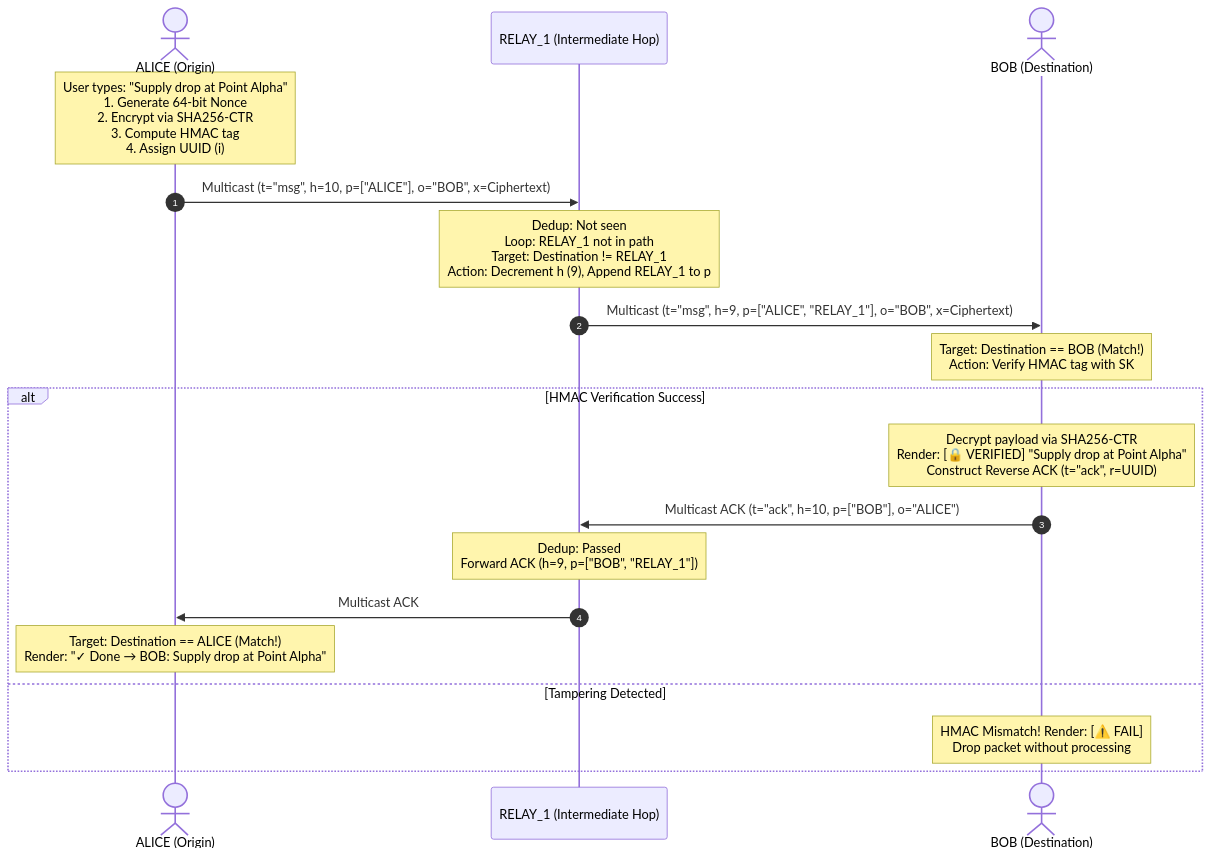
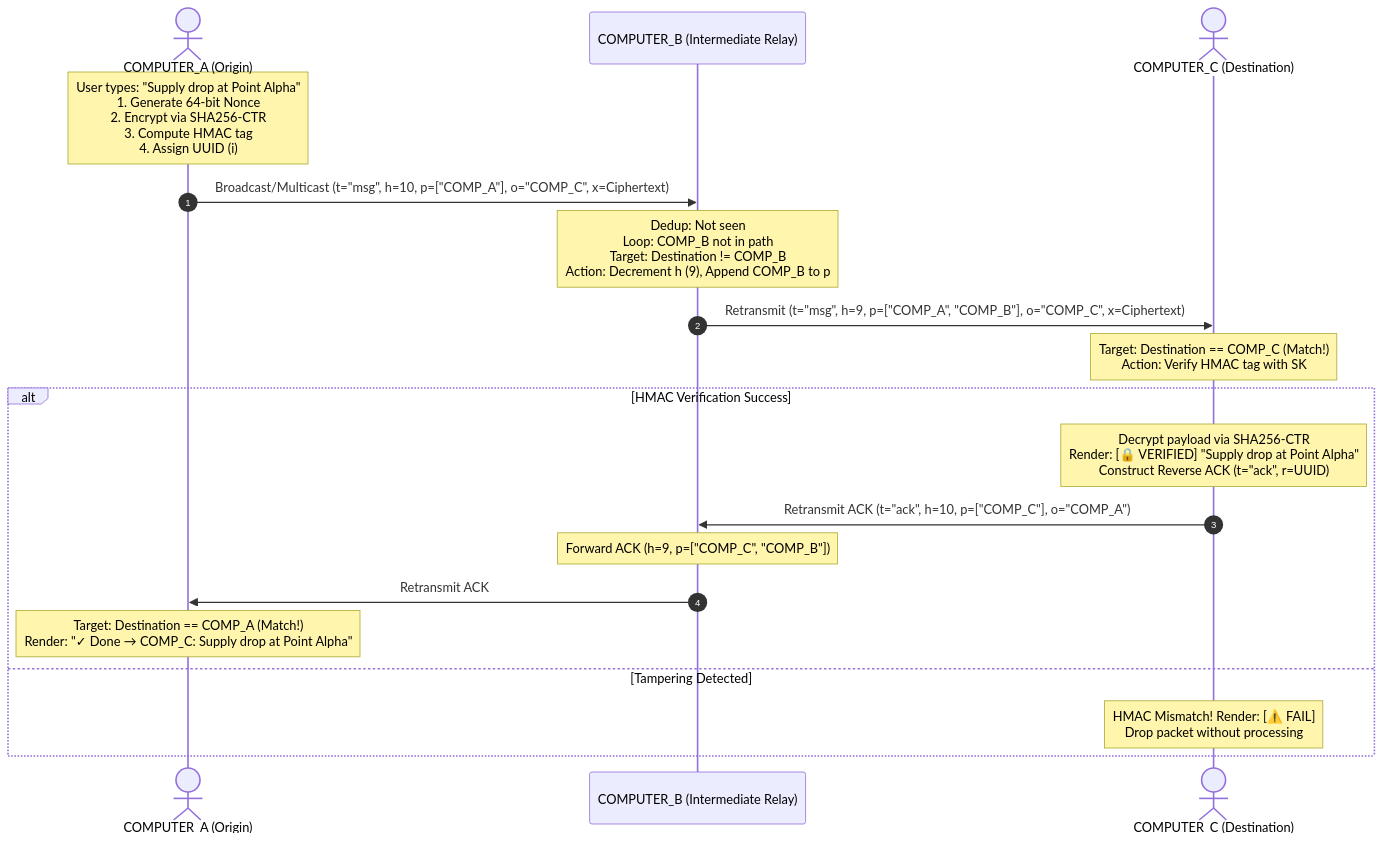
The diagram in README.md (devXsentinel/RELAY), drawn with Mermaid before and after one commit. The commit also changed other lines of this file, not shown here.

Commit message:
docs: update README with offline computer-to-computer Wi-Fi hotspot and broadcast guide

````diff
--- a/README.md
+++ b/README.md
@@ -85,24 +107,24 @@
 ```mermaid
 sequenceDiagram
     autonumber
-    actor Alice as ALICE (Origin)
-    participant Relay1 as RELAY_1 (Intermediate Hop)
-    actor Bob as BOB (Destination)
+    actor Alice as COMPUTER_A (Origin)
+    participant Relay1 as COMPUTER_B (Intermediate Relay)
+    actor Bob as COMPUTER_C (Destination)
 
     Note over Alice: User types: "Supply drop at Point Alpha"<br/>1. Generate 64-bit Nonce<br/>2. Encrypt via SHA256-CTR<br/>3. Compute HMAC tag<br/>4. Assign UUID (i)
-    Alice->>Relay1: Multicast (t="msg", h=10, p=["ALICE"], o="BOB", x=Ciphertext)
+    Alice->>Relay1: Broadcast/Multicast (t="msg", h=10, p=["COMP_A"], o="COMP_C", x=Ciphertext)
 
-    Note over Relay1: Dedup: Not seen<br/>Loop: RELAY_1 not in path<br/>Target: Destination != RELAY_1<br/>Action: Decrement h (9), Append RELAY_1 to p
-    Relay1->>Bob: Multicast (t="msg", h=9, p=["ALICE", "RELAY_1"], o="BOB", x=Ciphertext)
+    Note over Relay1: Dedup: Not seen<br/>Loop: COMP_B not in path<br/>Target: Destination != COMP_B<br/>Action: Decrement h (9), Append COMP_B to p
+    Relay1->>Bob: Retransmit (t="msg", h=9, p=["COMP_A", "COMP_B"], o="COMP_C", x=Ciphertext)
 
-    Note over Bob: Target: Destination == BOB (Match!)<br/>Action: Verify HMAC tag with SK
+    Note over Bob: Target: Destination == COMP_C (Match!)<br/>Action: Verify HMAC tag with SK
     alt HMAC Verification Success
         Note over Bob: Decrypt payload via SHA256-CTR<br/>Render: [🔒 VERIFIED] "Supply drop at Point Alpha"<br/>Construct Reverse ACK (t="ack", r=UUID)
-        Bob->>Relay1: Multicast ACK (t="ack", h=10, p=["BOB"], o="ALICE")
-        Note over Relay1: Dedup: Passed<br/>Forward ACK (h=9, p=["BOB", "RELAY_1"])
-        Relay1->>Alice: Multicast ACK
-        Note over Alice: Target: Destination == ALICE (Match!)<br/>Render: "✓ Done → BOB: Supply drop at Point Alpha"
+        Bob->>Relay1: Retransmit ACK (t="ack", h=10, p=["COMP_C"], o="COMP_A")
+        Note over Relay1: Forward ACK (h=9, p=["COMP_C", "COMP_B"])
+        Relay1->>Alice: Retransmit ACK
+        Note over Alice: Target: Destination == COMP_A (Match!)<br/>Render: "✓ Done → COMP_C: Supply drop at Point Alpha"
     else Tampering Detected
         Note over Bob: HMAC Mismatch! Render: [⚠️ FAIL]<br/>Drop packet without processing
     end
 ```
````
